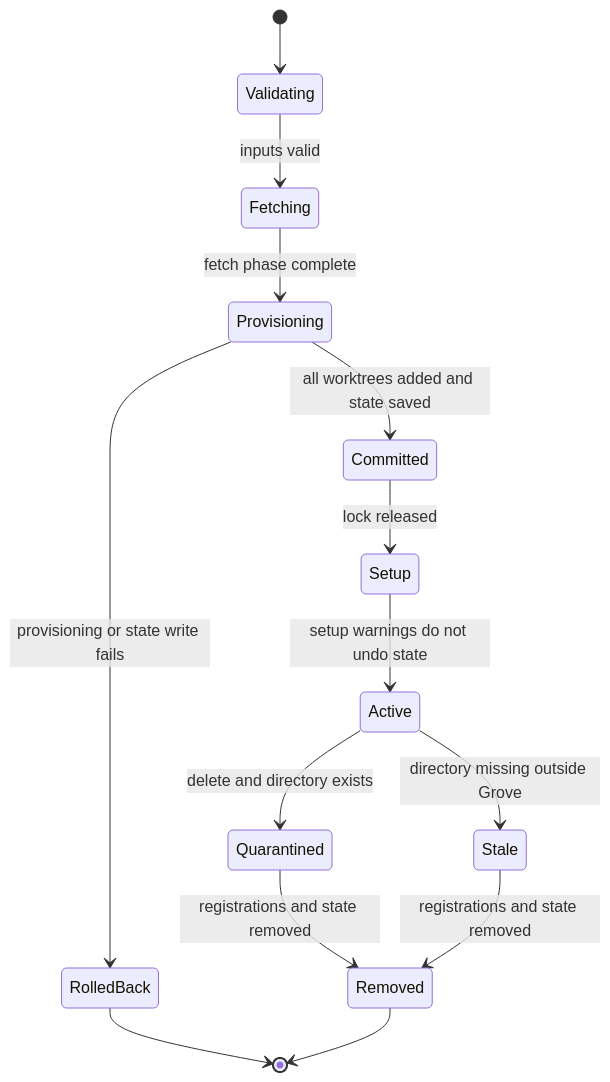
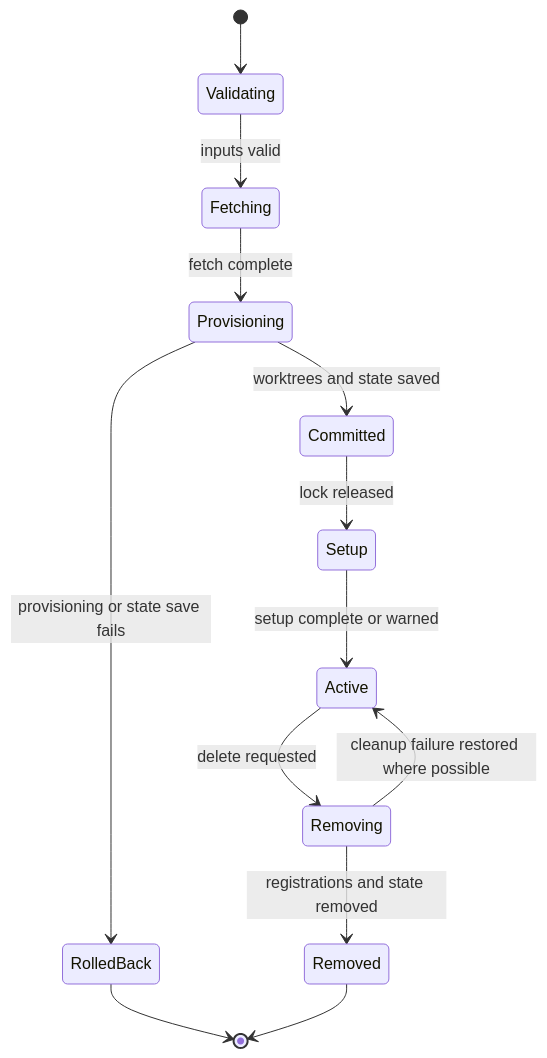
One commit to nicksenap/grove changed the second of 2 diagrams in openwiki/concepts.md. Above: the diagram before and after it, drawn with Mermaid. The commit also changed other lines of this file and 10 other files, not shown here.

````diff
--- a/openwiki/concepts.md
+++ b/openwiki/concepts.md
@@ -125,16 +120,15 @@
 ```mermaid
 stateDiagram-v2
     [*] --> Validating
     Validating --> Fetching: inputs valid
-    Fetching --> Provisioning: fetch phase complete
-    Provisioning --> Committed: all worktrees added and state saved
-    Provisioning --> RolledBack: provisioning or state write fails
+    Fetching --> Provisioning: fetch complete
+    Provisioning --> Committed: worktrees and state saved
+    Provisioning --> RolledBack: provisioning or state save fails
     Committed --> Setup: lock released
-    Setup --> Active: setup warnings do not undo state
-    Active --> Quarantined: delete and directory exists
-    Active --> Stale: directory missing outside Grove
-    Quarantined --> Removed: registrations and state removed
-    Stale --> Removed: registrations and state removed
+    Setup --> Active: setup complete or warned
     RolledBack --> [*]
+    Active --> Removing: delete requested
+    Removing --> Removed: registrations and state removed
+    Removing --> Active: cleanup failure restored where possible
     Removed --> [*]
 ```
````
